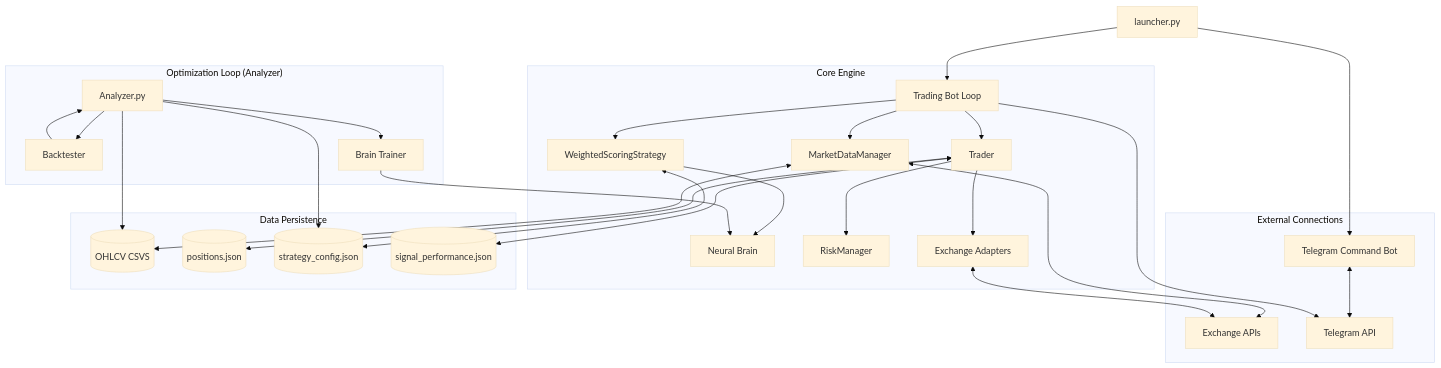
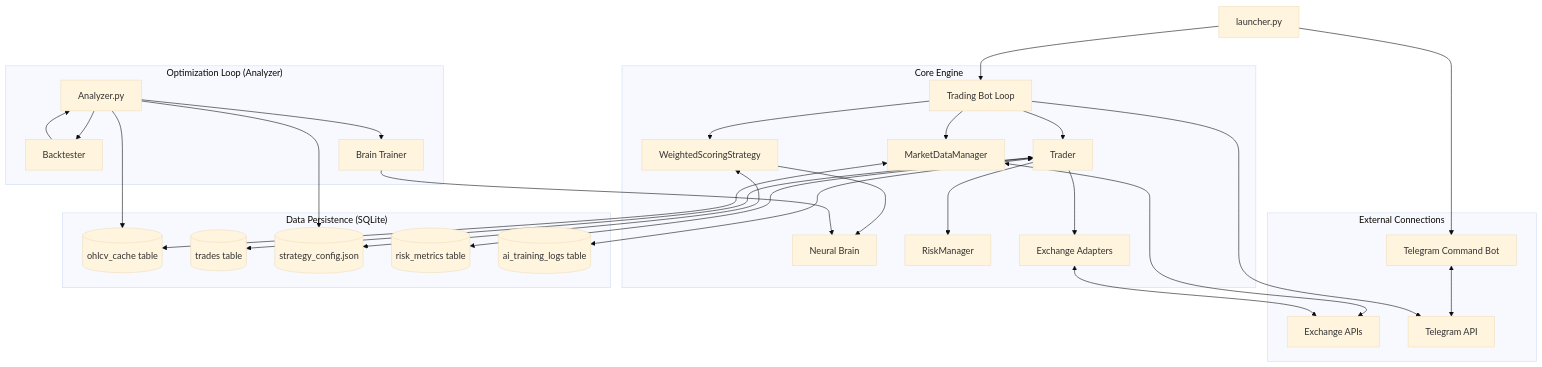
One commit to nguyenkhai1203/trading-bot changed the diagram in .brain/knowledge.md. Above: the diagram before and after it, drawn with Mermaid (base theme). The commit also changed other lines of this file and 42 other files, not shown here.

````diff
--- a/.brain/knowledge.md
+++ b/.brain/knowledge.md
@@ -9,37 +9,38 @@
 ```mermaid
 graph TD
     A[launcher.py] --> B[Trading Bot Loop]
     A --> C[Telegram Command Bot]
     
     subgraph "Core Engine"
         B --> D[MarketDataManager]
         B --> E[WeightedScoringStrategy]
         E --> F[Neural Brain]
         B --> G[Trader]
         G --> H[RiskManager]
         G --> Z[Exchange Adapters]
     end
     
     subgraph "External Connections"
         D <--> I[Exchange APIs]
         Z <--> I
         C <--> J[Telegram API]
         B --> J
     end
     
-    subgraph "Data Persistence"
-        D <--> K[(OHLCV CSVS)]
-        G <--> L[(positions.json)]
+    subgraph "Data Persistence (SQLite)"
+        D <--> K[(ohlcv_cache table)]
+        G <--> L[(trades table)]
         E <--> M[(strategy_config.json)]
-        G <--> N[(signal_performance.json)]
+        G <--> N[(risk_metrics table)]
+        G <--> O[(ai_training_logs table)]
     end
 
     subgraph "Optimization Loop (Analyzer)"
         P[Analyzer.py] --> K
         P --> M
         P --> Q[Backtester]
         Q --> P
         P --> R[Brain Trainer]
         R --> F
     end
 ```
````
